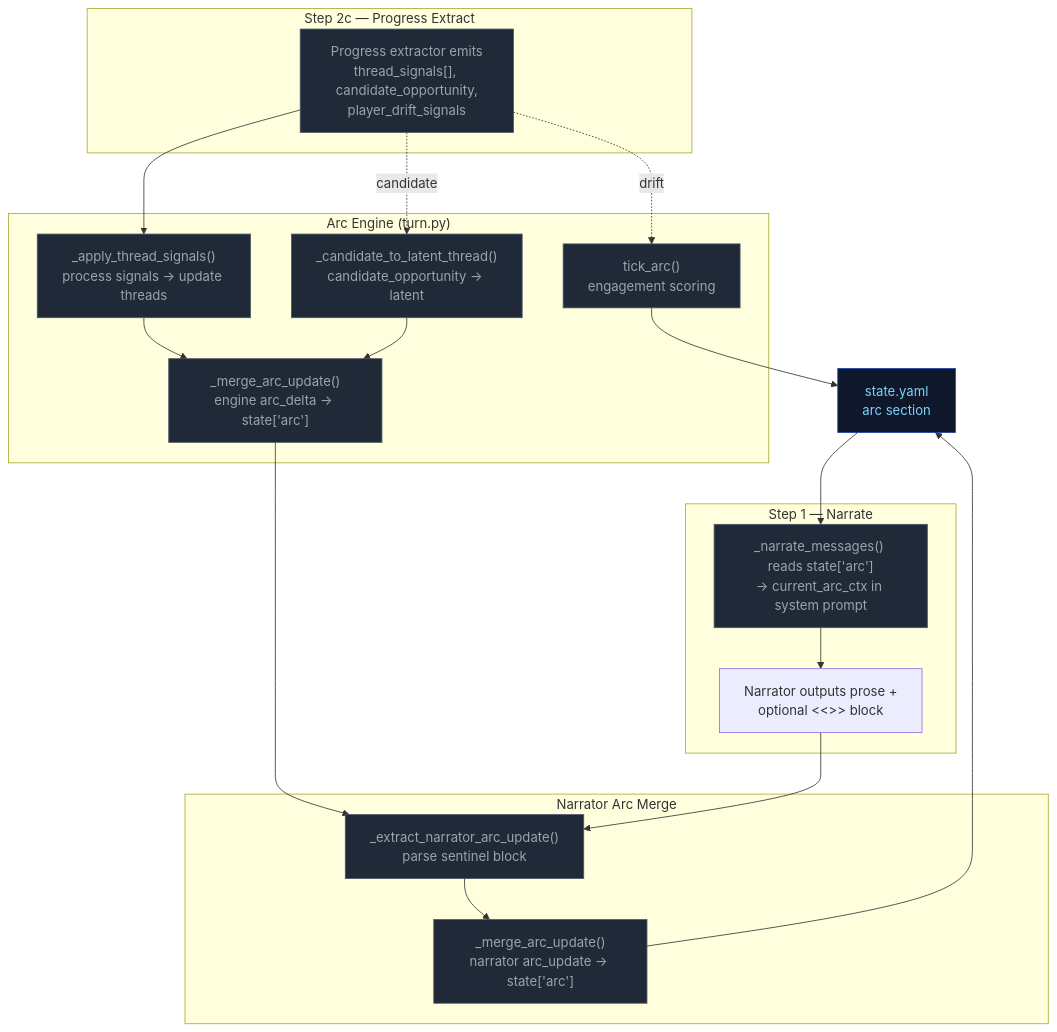
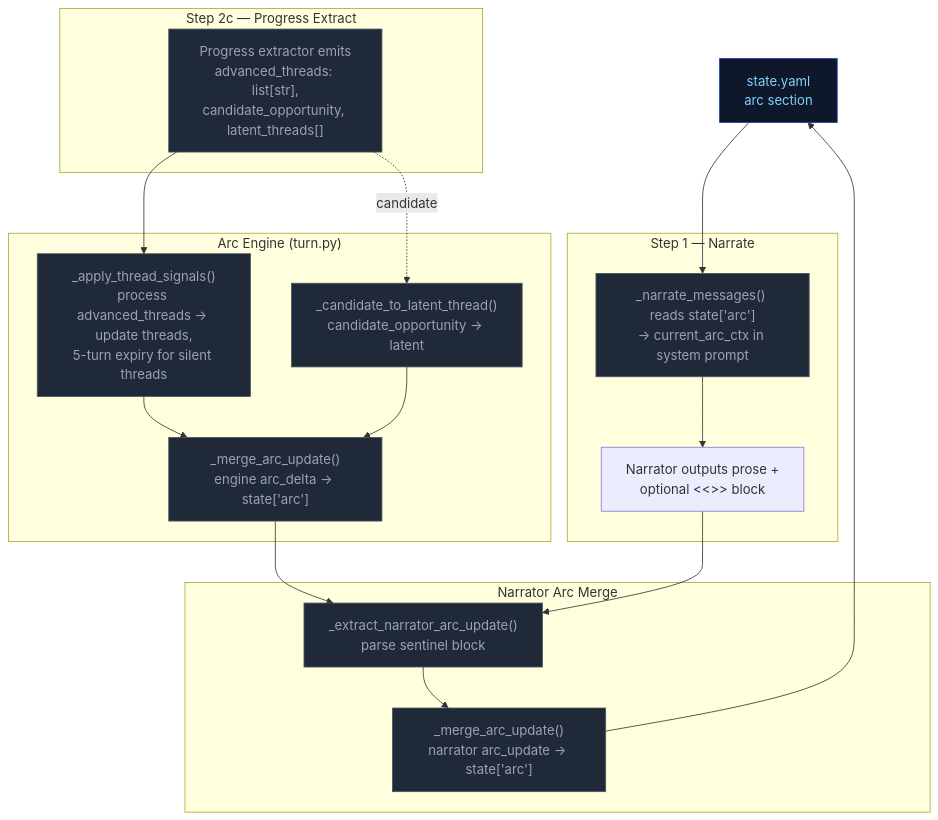
One commit to pww217/fablethread changed diagram 15 of 17 in docs/ARCHITECTURE.md. Above: the diagram before and after it, drawn with Mermaid. The commit also changed other lines of this file and 47 other files, not shown here.

First line of the commit message:
refactor: simplify thread system + remove dead stance/engagement code

````diff
--- a/docs/ARCHITECTURE.md
+++ b/docs/ARCHITECTURE.md
@@ -722,41 +712,39 @@
 ```mermaid
 flowchart TD
     classDef stageRules fill:#4c1d95,color:#ddd6fe,stroke:#7c3aed
     classDef stageNarrate fill:#1e3a5f,color:#bfdbfe,stroke:#3b82f6
     classDef stageProgress fill:#500724,color:#fbcfe8,stroke:#ec4899
     classDef pyNode fill:#1f2937,color:#9ca3af,stroke:#4b5563
     classDef arcNode fill:#3b0764,color:#e9d5ff,stroke:#7c3aed
     classDef storageNode fill:#0f172a,color:#7dd3fc,stroke:#1e40af
 
     STATE["state.yaml<br>arc section"]:::storageNode
 
     subgraph NARRATE["Step 1 — Narrate"]
         N1["_narrate_messages() reads state['arc']<br>→ current_arc_ctx in system prompt"]:::pyNode
         N2["Narrator outputs prose +<br>optional <<<ARC_UPDATE_START>>> block"]:::llmNode
     end
 
     subgraph EXTRACT["Step 2c — Progress Extract"]
-        E1["Progress extractor emits<br>thread_signals[], candidate_opportunity,<br>player_drift_signals"]:::pyNode
+        E1["Progress extractor emits<br>advanced_threads: list[str],<br>candidate_opportunity, latent_threads[]"]:::pyNode
     end
 
     subgraph ARC_ENGINE["Arc Engine (turn.py)"]
-        A1["_apply_thread_signals()<br>process signals → update threads"]:::pyNode
+        A1["_apply_thread_signals()<br>process advanced_threads → update threads,<br>5-turn expiry for silent threads"]:::pyNode
         A2["_candidate_to_latent_thread()<br>candidate_opportunity → latent"]:::pyNode
-        A3["tick_arc()<br>engagement scoring"]:::pyNode
-        A4["_merge_arc_update()<br>engine arc_delta → state['arc']"]:::pyNode
+        A3["_merge_arc_update()<br>engine arc_delta → state['arc']"]:::pyNode
     end
 
     subgraph NARRATOR_MERGE["Narrator Arc Merge"]
         N3["_extract_narrator_arc_update()<br>parse sentinel block"]:::pyNode
         N4["_merge_arc_update()<br>narrator arc_update → state['arc']"]:::pyNode
     end
 
     STATE --> N1
     N1 --> N2
     N2 --> N3
-    E1 --> A1 --> A4
-    E1 -. candidate .-> A2 --> A4
-    E1 -. drift .-> A3 --> STATE
+    E1 --> A1 --> A3
+    E1 -. candidate .-> A2 --> A3
 
-    A4 --> N3 --> N4 --> STATE
+    A3 --> N3 --> N4 --> STATE
 ```
````
